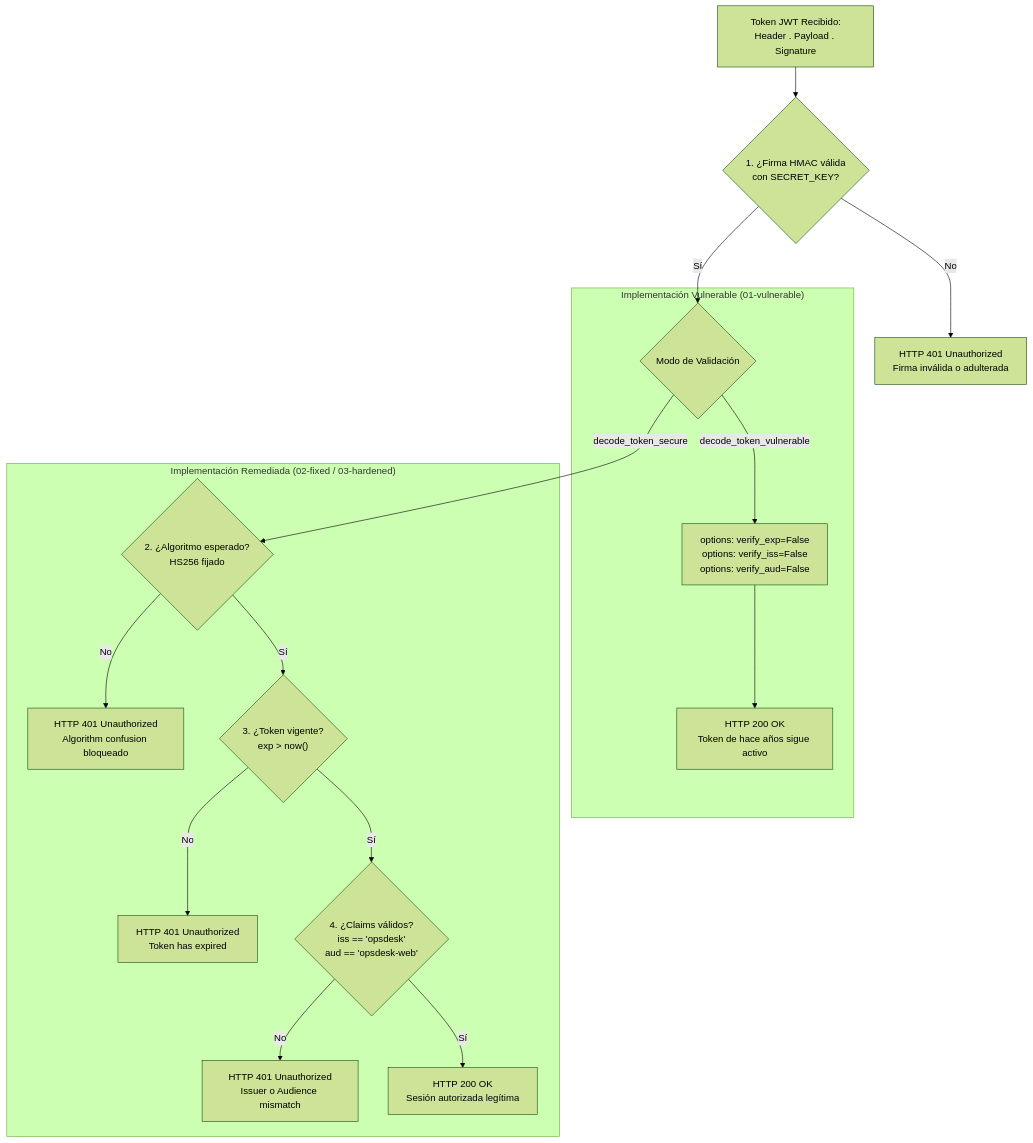
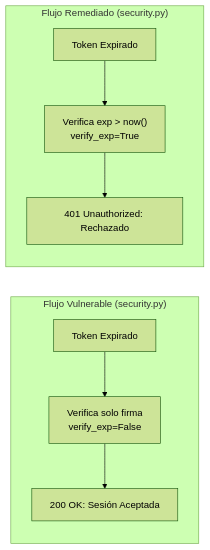
Before and after one commit to 02loveslollipop/opsdesk: the fourth of 8 diagrams in README.md, drawn with Mermaid (forest theme). The commit also changed other lines of this file, not shown here.

Commit message:
docs: simplify all Mermaid diagrams into direct, clean flowcharts

````diff
--- a/README.md
+++ b/README.md
@@ -237,23 +207,10 @@
 ```mermaid
-flowchart TD
-    JWTInput["Token JWT Recibido:<br>Header . Payload . Signature"] --> VerifySig{"1. ¿Firma HMAC válida<br>con SECRET_KEY?"}
-    
-    VerifySig -- No --> BadSig["HTTP 401 Unauthorized<br>Firma inválida o adulterada"]
-    
-    VerifySig -- Sí --> CheckMode{"Modo de Validación"}
-    
-    subgraph VulnerableValidation["Implementación Vulnerable (01-vulnerable)"]
-        CheckMode -->|decode_token_vulnerable| SkipValidation["options: verify_exp=False<br>options: verify_iss=False<br>options: verify_aud=False"]
-        SkipValidation --> AllowExpired["HTTP 200 OK<br>Token de hace años sigue activo"]
+flowchart LR
+    subgraph Inseguro["Flujo Vulnerable (security.py)"]
+        A["Token Expirado"] --> B["Verifica solo firma<br>verify_exp=False"] --> C["200 OK: Sesión Aceptada"]
     end
-    
-    subgraph SecureValidation["Implementación Remediada (02-fixed / 03-hardened)"]
-        CheckMode -->|decode_token_secure| CheckAlg{"2. ¿Algoritmo esperado?<br>HS256 fijado"}
-        CheckAlg -- No --> RejAlg["HTTP 401 Unauthorized<br>Algorithm confusion bloqueado"]
-        CheckAlg -- Sí --> CheckExp{"3. ¿Token vigente?<br>exp > now()"}
-        CheckExp -- No --> RejExp["HTTP 401 Unauthorized<br>Token has expired"]
-        CheckExp -- Sí --> CheckClaims{"4. ¿Claims válidos?<br>iss == 'opsdesk'<br>aud == 'opsdesk-web'"}
-        CheckClaims -- No --> RejClaims["HTTP 401 Unauthorized<br>Issuer o Audience mismatch"]
-        CheckClaims -- Sí --> AllowValid["HTTP 200 OK<br>Sesión autorizada legítima"]
+
+    subgraph Seguro["Flujo Remediado (security.py)"]
+        D["Token Expirado"] --> E["Verifica exp > now()<br>verify_exp=True"] --> F["401 Unauthorized: Rechazado"]
     end
 ```
````
